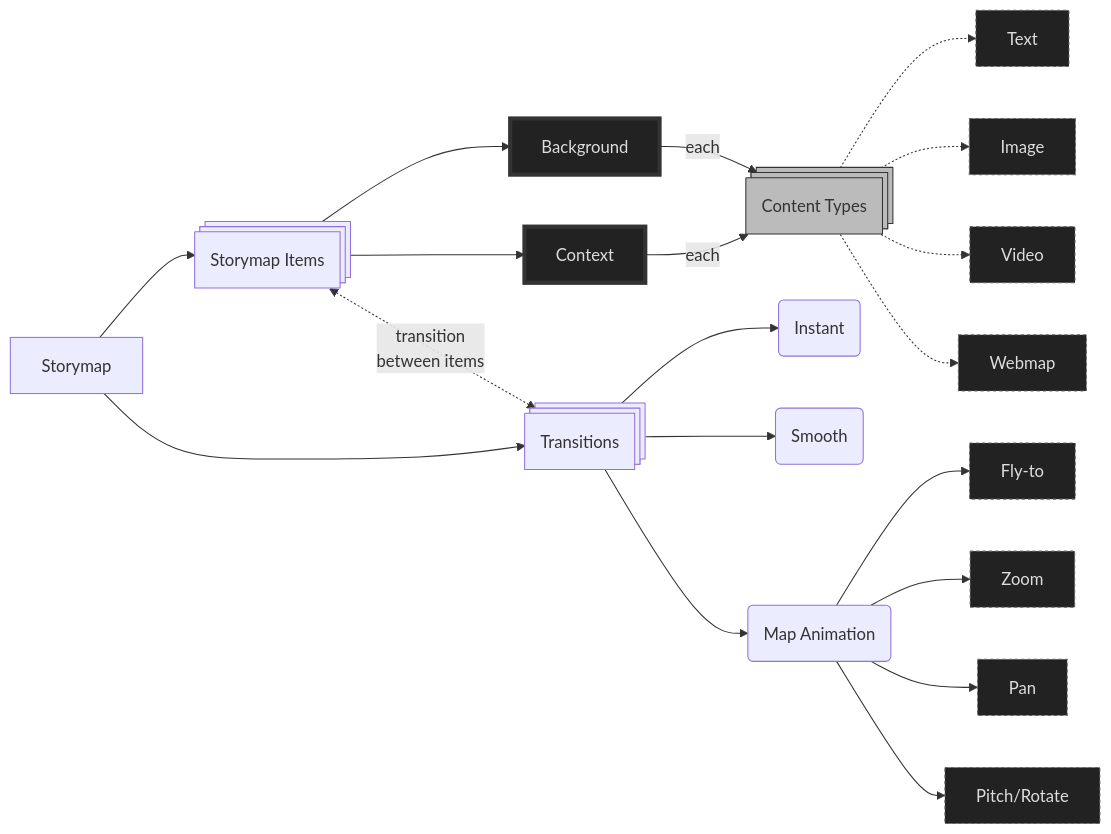
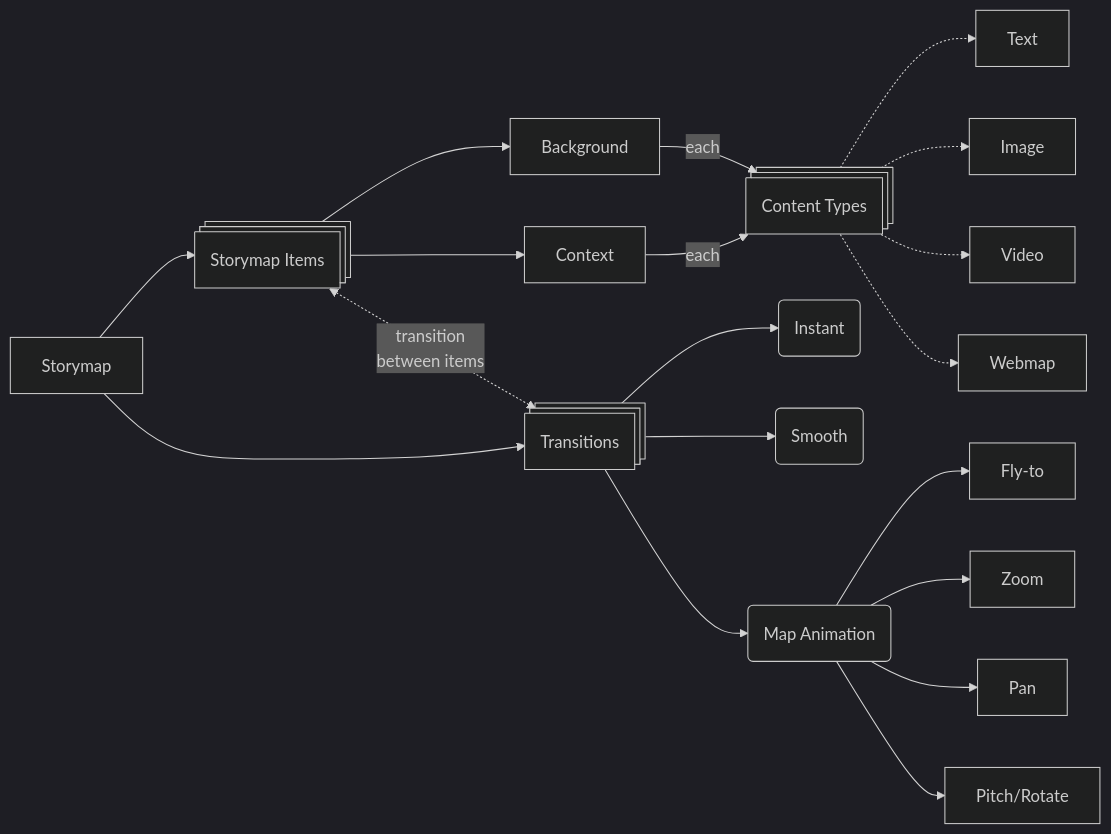
Before and after one commit to mjwalz/Kartografische_Zeitmaschine: the seventh of 20 diagrams in README.md, drawn with Mermaid. The commit also changed other lines of this file and 4 other files, not shown here.

````diff
--- a/README.md
+++ b/README.md
@@ -298,32 +303,37 @@
 ```mermaid
+---
+config:
+  theme: 'dark'
+---
+
 graph LR
     A[Storymap] --> B@{ shape: procs, label: "Storymap Items"}
     B --> D[Background]
     B --> C[Context]
     A --> E@{ shape: procs, label: "Transitions"}
     B <-.->|transition<br>between items| E
     
     %% Common Content Types
     CT@{ shape: procs, label: "Content Types"} -.-> F[Text]
     CT -.-> G[Image]
     CT -.-> H[Video]
     CT -.-> I[Webmap]
     
     %% Context and Background use the same content types
     C -->|each| CT
     D -->|each| CT
     
     E --> N(Instant)
     E --> O(Smooth)
     E --> P(Map Animation)
     P --> Q[Fly-to]
     P --> R[Zoom]
     P --> S[Pan]
     P --> T[Pitch/Rotate]
-    classDef attributes fill:#222,stroke:#666,stroke-width:1px,stroke-dasharray: 3 3,color:#DDD
-    classDef interaction fill:#222,stroke:#333,stroke-width:4px,color:#DDD
-    classDef item fill:#BBB,stroke:#333,color:#333
+    %%classDef attributes fill:#222,stroke:#666,stroke-width:1px,stroke-dasharray: 3 3,color:#DDD
+    %%classDef interaction fill:#222,stroke:#333,stroke-width:4px,color:#DDD
+    %%classDef item fill:#BBB,stroke:#333,color:#333
     class F,G,H,I,Q,R,S,T attributes
     class C,D interaction
     class CT item
 ```
````
